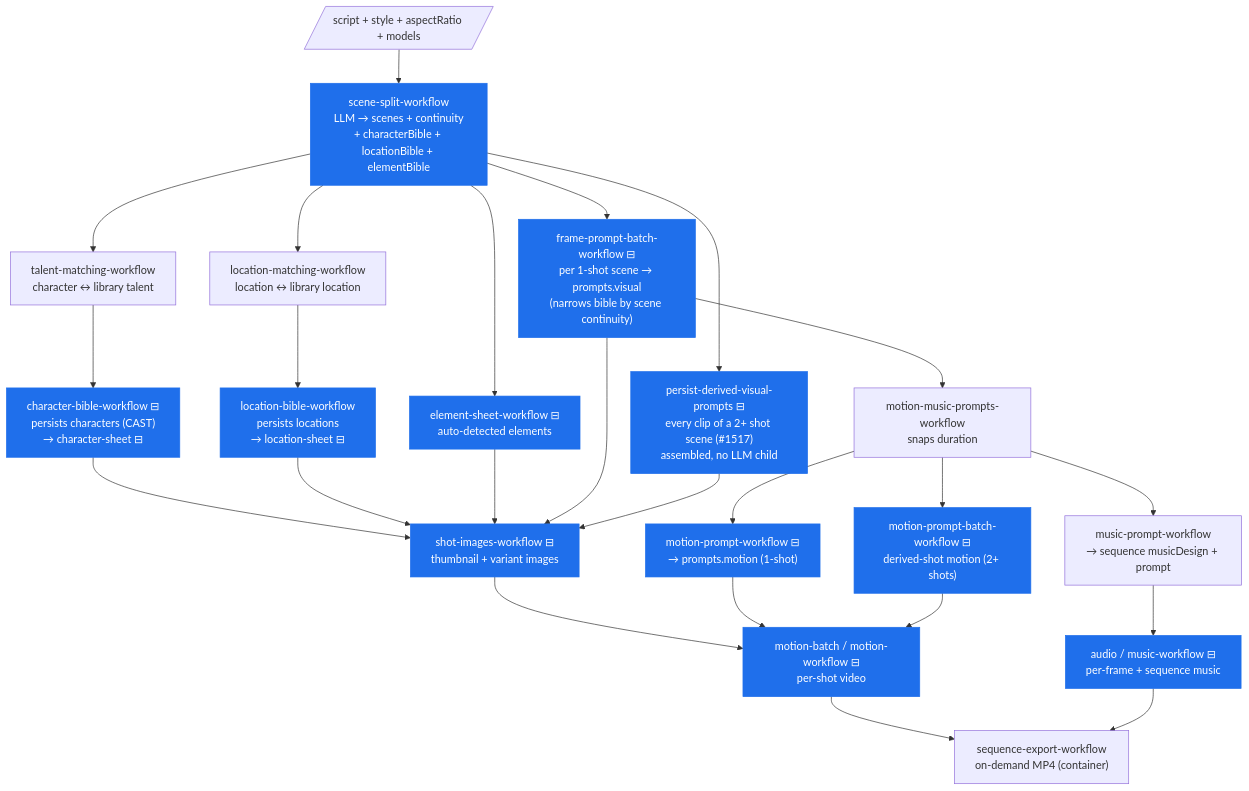
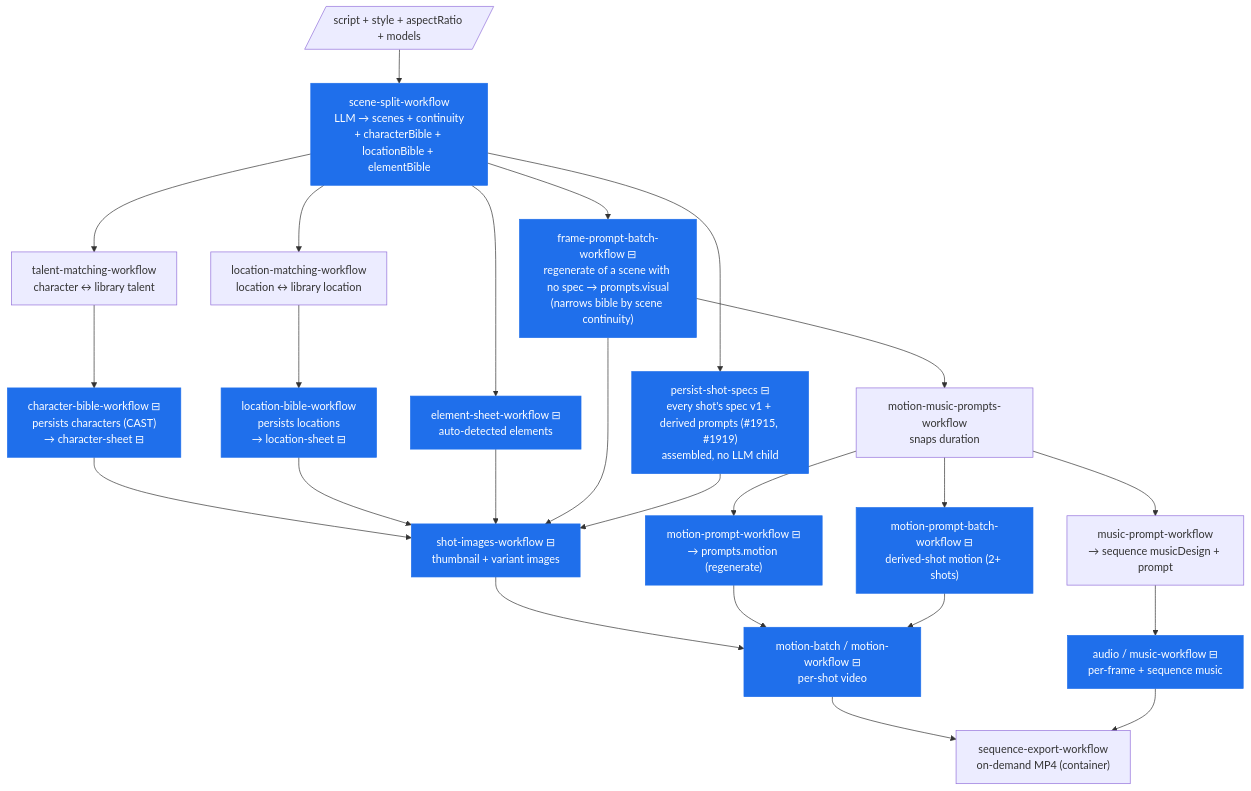
The first of 4 diagrams in docs/architecture/prompt-staleness-dependency-graph.md (Jyatin/openstory), drawn with Mermaid before and after one commit. The commit also changed other lines of this file and 57 other files, not shown here.

First line of the commit message:
feat: persist shot specs and derive every shot's first prompts from them

````diff
--- a/docs/architecture/prompt-staleness-dependency-graph.md
+++ b/docs/architecture/prompt-staleness-dependency-graph.md
@@ -105,38 +105,38 @@
 ```mermaid
 flowchart TD
     script[/"script + style + aspectRatio + models"/]
 
     script --> split["scene-split-workflow<br/>LLM → scenes + continuity<br/>+ characterBible + locationBible + elementBible"]
 
     split --> talent["talent-matching-workflow<br/>character ↔ library talent"]
     split --> locmatch["location-matching-workflow<br/>location ↔ library location"]
 
     talent --> cbib["character-bible-workflow ⊟<br/>persists characters (CAST)<br/>→ character-sheet ⊟"]
     locmatch --> lbib["location-bible-workflow<br/>persists locations<br/>→ location-sheet ⊟"]
     split --> elem["element-sheet-workflow ⊟<br/>auto-detected elements"]
 
-    split --> vprompt["frame-prompt-batch-workflow ⊟<br/>per 1-shot scene → prompts.visual<br/>(narrows bible by scene continuity)"]
-    split --> dvprompt["persist-derived-visual-prompts ⊟<br/>every clip of a 2+ shot scene (#1517)<br/>assembled, no LLM child"]
+    split --> vprompt["frame-prompt-batch-workflow ⊟<br/>regenerate of a scene with no spec → prompts.visual<br/>(narrows bible by scene continuity)"]
+    split --> dvprompt["persist-shot-specs ⊟<br/>every shot's spec v1 + derived prompts (#1915, #1919)<br/>assembled, no LLM child"]
 
     vprompt --> mmprompt["motion-music-prompts-workflow<br/>snaps duration"]
-    mmprompt --> mprompt["motion-prompt-workflow ⊟<br/>→ prompts.motion (1-shot)"]
+    mmprompt --> mprompt["motion-prompt-workflow ⊟<br/>→ prompts.motion (regenerate)"]
     mmprompt --> dmprompt["motion-prompt-batch-workflow ⊟<br/>derived-shot motion (2+ shots)"]
     mmprompt --> musicp["music-prompt-workflow<br/>→ sequence musicDesign + prompt"]
 
     cbib --> img["shot-images-workflow ⊟<br/>thumbnail + variant images"]
     lbib --> img
     elem --> img
     vprompt --> img
     dvprompt --> img
 
     img --> motion["motion-batch / motion-workflow ⊟<br/>per-shot video"]
     mprompt --> motion
     dmprompt --> motion
     musicp --> audio["audio / music-workflow ⊟<br/>per-frame + sequence music"]
 
     motion --> export["sequence-export-workflow<br/>on-demand MP4 (container)"]
     audio --> export
 
     classDef stamp fill:#1f6feb,stroke:#1f6feb,color:#fff;
     class cbib,lbib,elem,vprompt,dvprompt,mprompt,dmprompt,img,motion,audio,split stamp;
 ```
````
